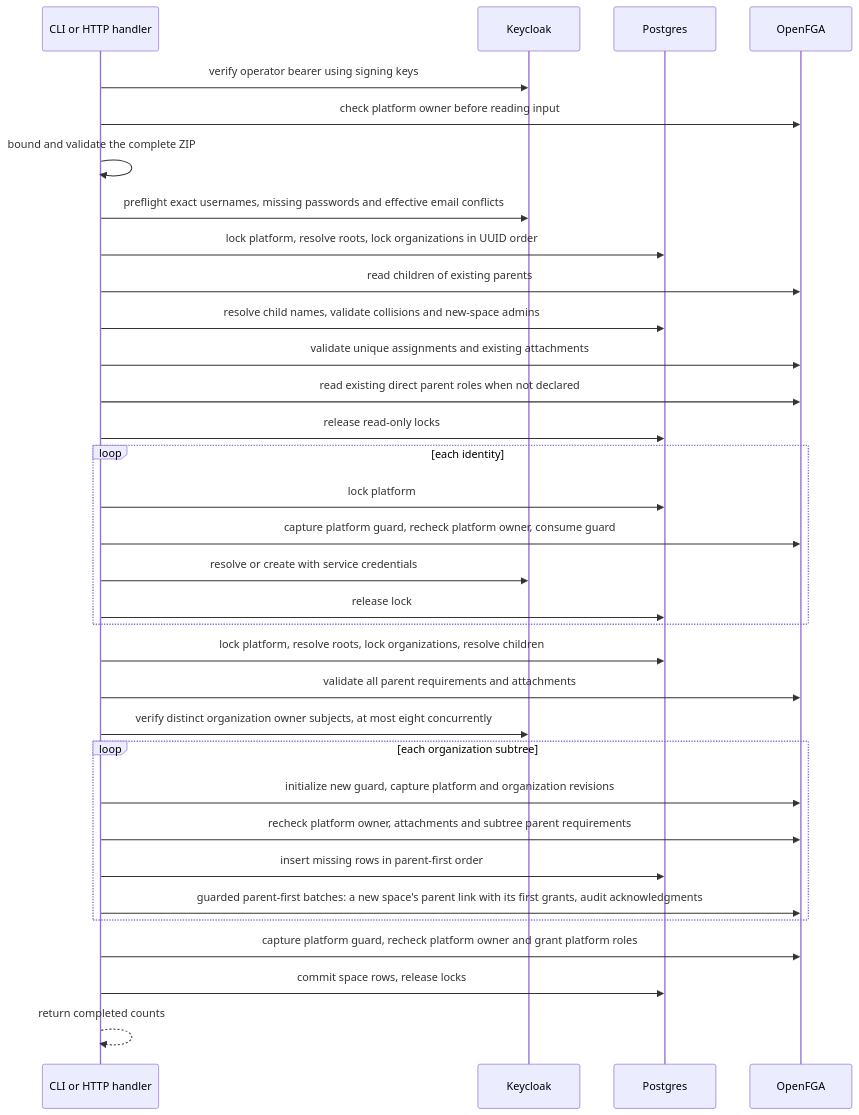
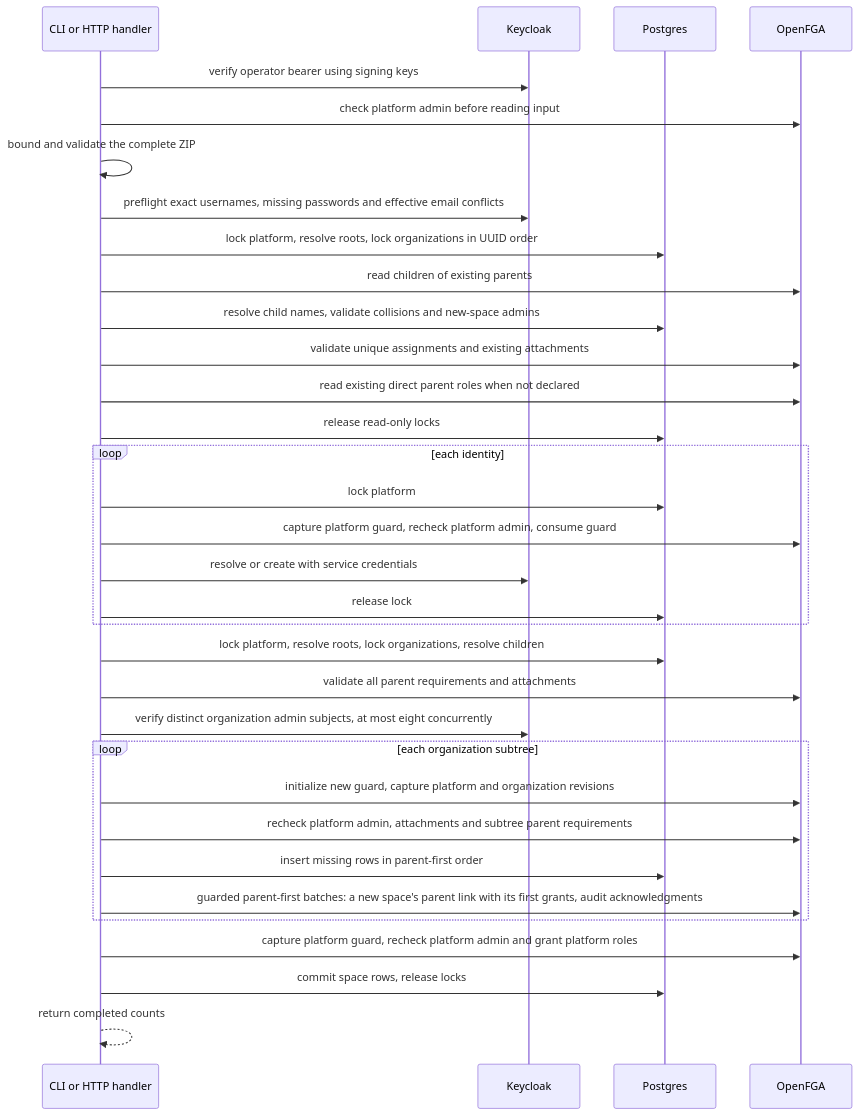
Before and after one commit to ThalesGroup/fred: the ninth of 11 diagrams in docs/architecture/A1-manager-runtime.md, drawn with Mermaid. The commit also changed other lines of this file and 82 other files, not shown here.

````diff
--- a/docs/architecture/A1-manager-runtime.md
+++ b/docs/architecture/A1-manager-runtime.md
@@ -522,35 +521,35 @@
 ```mermaid
 sequenceDiagram
     participant C as CLI or HTTP handler
     participant KC as Keycloak
     participant PG as Postgres
     participant FGA as OpenFGA
     C->>KC: verify operator bearer using signing keys
-    C->>FGA: check platform owner before reading input
+    C->>FGA: check platform admin before reading input
     C->>C: bound and validate the complete ZIP
     C->>KC: preflight exact usernames, missing passwords and effective email conflicts
     C->>PG: lock platform, resolve roots, lock organizations in UUID order
     C->>FGA: read children of existing parents
     C->>PG: resolve child names, validate collisions and new-space admins
     C->>FGA: validate unique assignments and existing attachments
     C->>FGA: read existing direct parent roles when not declared
     C->>PG: release read-only locks
     loop each identity
         C->>PG: lock platform
-        C->>FGA: capture platform guard, recheck platform owner, consume guard
+        C->>FGA: capture platform guard, recheck platform admin, consume guard
         C->>KC: resolve or create with service credentials
         C->>PG: release lock
     end
     C->>PG: lock platform, resolve roots, lock organizations, resolve children
     C->>FGA: validate all parent requirements and attachments
-    C->>KC: verify distinct organization owner subjects, at most eight concurrently
+    C->>KC: verify distinct organization admin subjects, at most eight concurrently
     loop each organization subtree
         C->>FGA: initialize new guard, capture platform and organization revisions
-        C->>FGA: recheck platform owner, attachments and subtree parent requirements
+        C->>FGA: recheck platform admin, attachments and subtree parent requirements
         C->>PG: insert missing rows in parent-first order
         C->>FGA: guarded parent-first batches: a new space's parent link with its first grants, audit acknowledgments
     end
-    C->>FGA: capture platform guard, recheck platform owner and grant platform roles
+    C->>FGA: capture platform guard, recheck platform admin and grant platform roles
     C->>PG: commit space rows, release locks
     C-->>C: return completed counts
 ```
````
